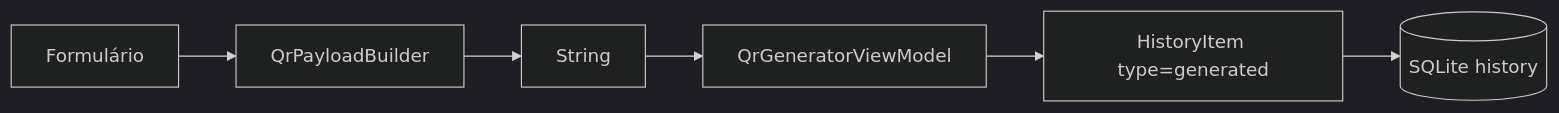
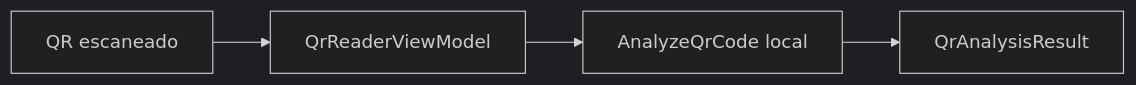
One commit to AndreWar10/SafeQR changed the second of 2 diagrams in safe_qr_app/docs/08-dados-persistencia.md. Above: the diagram before and after it, drawn with Mermaid (dark theme). The commit also changed other lines of this file and 25 other files, not shown here.

Commit message:
feat: enhance Safe QR app with Bearer JWT authentication for remote API calls and update documentation for local and remote history management

````diff
--- a/safe_qr_app/docs/08-dados-persistencia.md
+++ b/safe_qr_app/docs/08-dados-persistencia.md
@@ -155,8 +159,6 @@
 ```mermaid
 flowchart LR
-  Form[Formulário] --> Builder[QrPayloadBuilder]
-  Builder --> Payload[String]
-  Payload --> VM[QrGeneratorViewModel]
-  VM --> Item[HistoryItem type=generated]
-  Item --> DB[(SQLite history)]
+  Scan[QR escaneado] --> VM[QrReaderViewModel]
+  VM --> UC[AnalyzeQrCode local]
+  UC --> Result[QrAnalysisResult]
 ```
````
